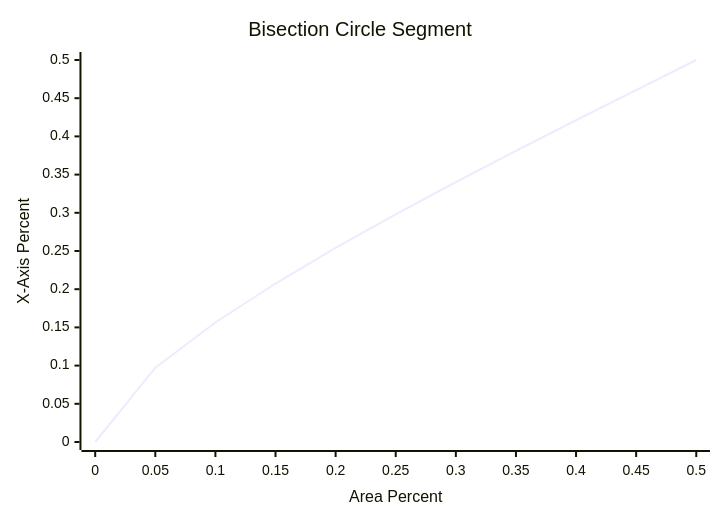
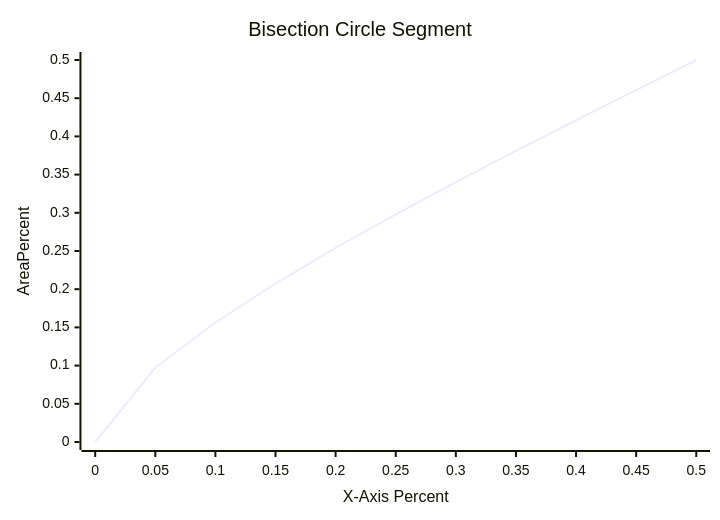
One commit to korsarNek/korsarNek changed the first of 2 diagrams in source/_posts/Hotplate.md. Above: the diagram before and after it, drawn with Mermaid. The commit also changed other lines of this file and 3 other files, not shown here.

Commit message:
Minor adjustments to graphs and readability - switched axis in graphs - reduced footer size which was empty anyway - added a mild glow around the title to make it better visible on different screen sizes against the banner images - aria-label for language flags

````diff
--- a/source/_posts/Hotplate.md
+++ b/source/_posts/Hotplate.md
@@ -219,7 +219,7 @@
 ```mermaid
 xychart-beta
 title "Bisection Circle Segment"
-x-axis "Area Percent" [0, 0.05, 0.1, 0.15, 0.2, 0.25, 0.3, 0.35, 0.4, 0.45, 0.5]
-y-axis "X-Axis Percent" 0 --> 0.5
+x-axis "X-Axis Percent" [0, 0.05, 0.1, 0.15, 0.2, 0.25, 0.3, 0.35, 0.4, 0.45, 0.5]
+y-axis Area Percent"" 0 --> 0.5
 line [0, 0.097308171540498765, 0.15647558420896526, 0.20743129178881647, 0.25406906604766843, 0.2980136349797249, 0.34015423953533175, 0.3810587957501413, 0.42113191485404966, 0.46068957000970834, 0.4999999850988388]
 ```
````
